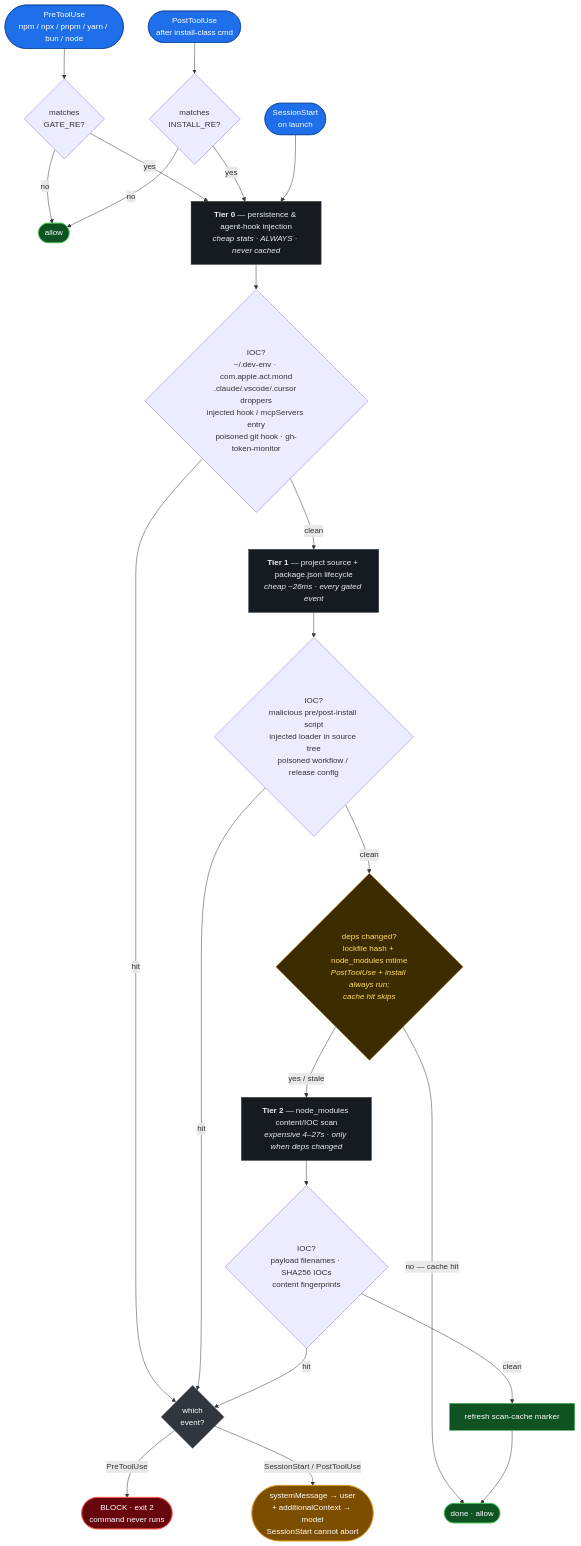
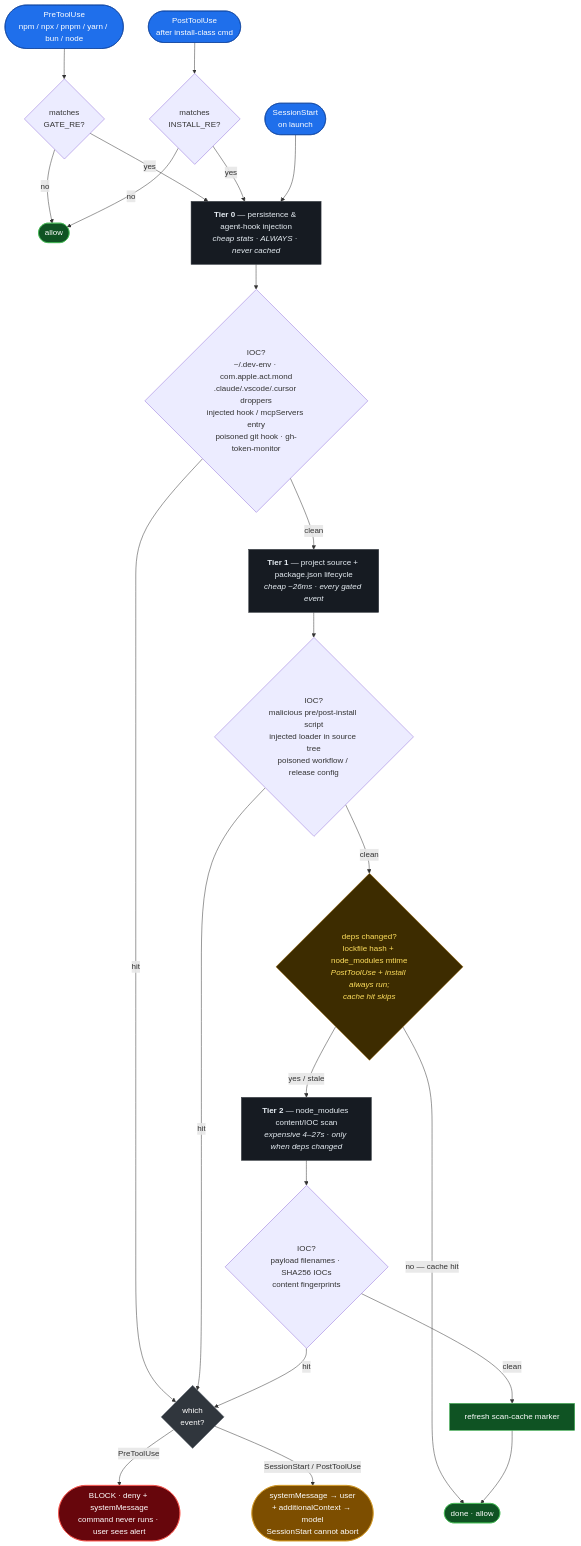
Before and after one commit to notambourine/wormhook: the diagram in README.md, drawn with Mermaid. The commit also changed other lines of this file and 1 other file, not shown here.

First line of the commit message:
feat: PreToolUse blocks via permissionDecision:deny + user-facing systemMessage (#2)

````diff
--- a/README.md
+++ b/README.md
@@ -32,50 +32,50 @@
 ```mermaid
 flowchart TD
     A([SessionStart<br/>on launch]):::evt
     B([PreToolUse<br/>npm / npx / pnpm / yarn / bun / node]):::evt
     C([PostToolUse<br/>after install-class cmd]):::evt
 
     B --> Bg{matches<br/>GATE_RE?}
     Bg -- no --> ALLOW
     Bg -- yes --> T0
     C --> Cg{matches<br/>INSTALL_RE?}
     Cg -- no --> ALLOW
     Cg -- yes --> T0
     A --> T0
 
     T0["<b>Tier 0</b> — persistence &amp; agent-hook injection<br/><i>cheap stats · ALWAYS · never cached</i>"]:::tier
     T0 --> T0c{IOC?<br/>~/.dev-env · com.apple.act.mond<br/>.claude/.vscode/.cursor droppers<br/>injected hook / mcpServers entry<br/>poisoned git hook · gh-token-monitor}
     T0c -- hit --> G
     T0c -- clean --> T1
 
     T1["<b>Tier 1</b> — project source + package.json lifecycle<br/><i>cheap ~26ms · every gated event</i>"]:::tier
     T1 --> T1c{IOC?<br/>malicious pre/post-install script<br/>injected loader in source tree<br/>poisoned workflow / release config}
     T1c -- hit --> G
     T1c -- clean --> CACHE
 
     CACHE{deps changed?<br/>lockfile hash + node_modules mtime<br/><i>PostToolUse + install always run;<br/>cache hit skips</i>}:::cache
     CACHE -- "no — cache hit" --> DONE
     CACHE -- "yes / stale" --> T2
 
     T2["<b>Tier 2</b> — node_modules content/IOC scan<br/><i>expensive 4–27s · only when deps changed</i>"]:::tier
     T2 --> T2c{IOC?<br/>payload filenames · SHA256 IOCs<br/>content fingerprints}
     T2c -- hit --> G
     T2c -- clean --> REFRESH
 
     REFRESH[refresh scan-cache marker]:::ok --> DONE
 
     G{which<br/>event?}:::guard
-    G -- PreToolUse --> BLOCK([BLOCK · exit 2<br/>command never runs]):::block
+    G -- PreToolUse --> BLOCK([BLOCK · deny + systemMessage<br/>command never runs · user sees alert]):::block
     G -- "SessionStart / PostToolUse" --> SURFACE([systemMessage → user<br/>+ additionalContext → model<br/>SessionStart cannot abort]):::warn
 
     ALLOW([allow]):::ok
     DONE([done · allow]):::ok
 
     classDef evt fill:#1f6feb,stroke:#0d419d,color:#fff
     classDef tier fill:#161b22,stroke:#30363d,color:#e6edf3
     classDef cache fill:#3d2c00,stroke:#9e6a03,color:#ffdf5d
     classDef guard fill:#30363d,stroke:#6e7681,color:#fff
     classDef block fill:#67060c,stroke:#f85149,color:#fff
     classDef warn fill:#7d4e00,stroke:#d29922,color:#fff
     classDef ok fill:#0f5323,stroke:#3fb950,color:#fff
 ```
````
